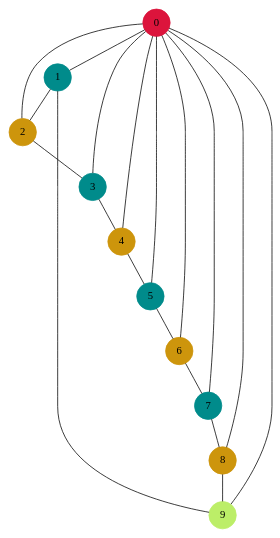
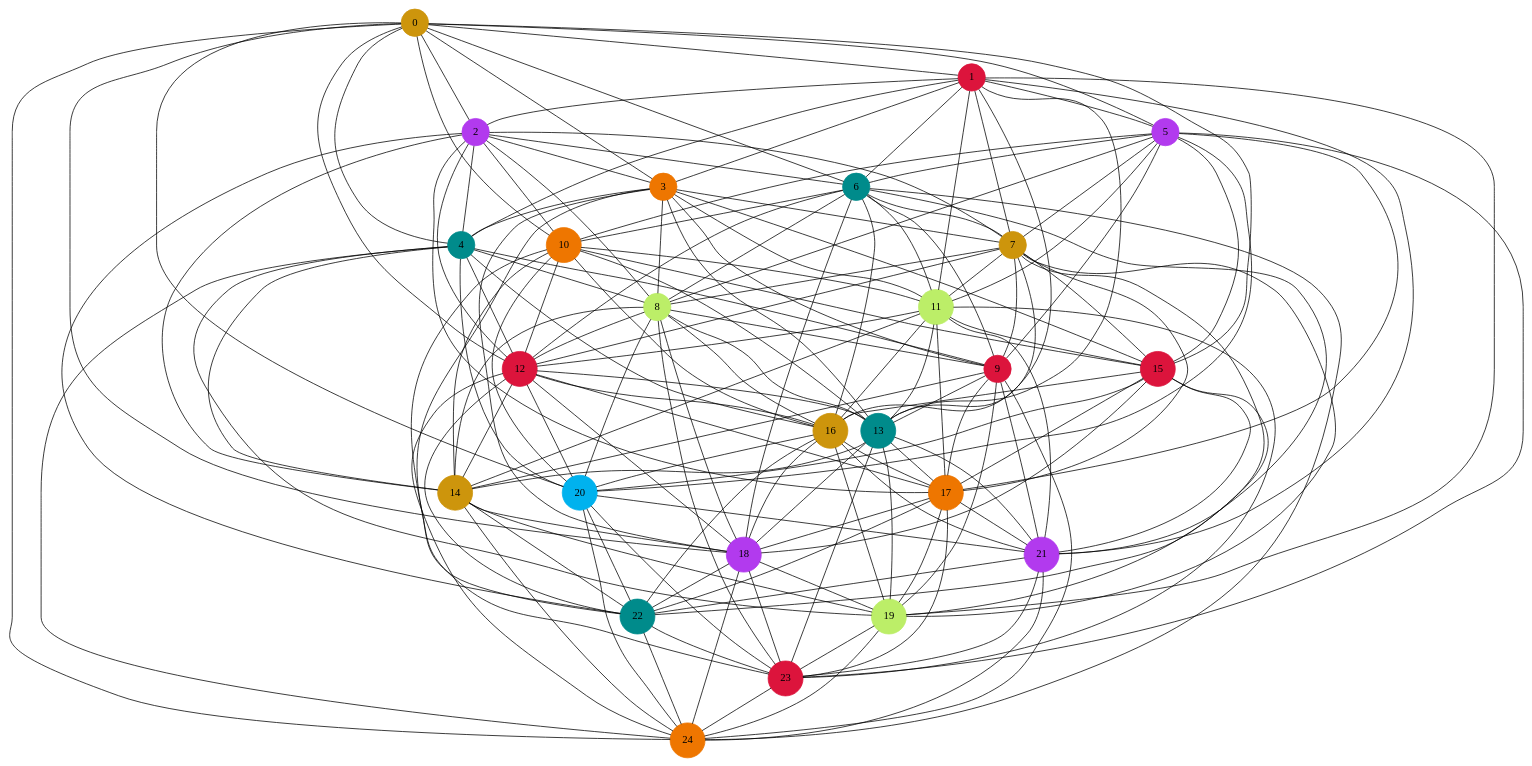
One commit to LeaChemoul/ColorationGraphesProjet changed the diagram in graph/graph_gr_decroiss.dot. Above: the diagram before and after it, drawn with Graphviz. The commit also changed 40 other files, not shown here.

```diff
--- a/graph/graph_gr_decroiss.dot
+++ b/graph/graph_gr_decroiss.dot
@@ -1,30 +1,187 @@
 graph G {
-0 [shape=circle, style=filled, color= crimson];
+0 [shape=circle, style=filled, color= darkgoldenrod3];
+0 -- 6;
+0 -- 12;
+0 -- 18;
+0 -- 24;
 0 -- 1;
 0 -- 2;
 0 -- 3;
 0 -- 4;
 0 -- 5;
-0 -- 6;
-0 -- 7;
-0 -- 8;
-0 -- 9;
-1 [shape=circle, style=filled, color= cyan4];
+0 -- 10;
+0 -- 15;
+0 -- 20;
+1 [shape=circle, style=filled, color= crimson];
+1 -- 7;
+1 -- 13;
+1 -- 19;
+1 -- 5;
 1 -- 2;
-1 -- 9;
-2 [shape=circle, style=filled, color= darkgoldenrod3];
+1 -- 3;
+1 -- 4;
+1 -- 6;
+1 -- 11;
+1 -- 16;
+1 -- 21;
+2 [shape=circle, style=filled, color= darkorchid2];
+2 -- 8;
+2 -- 14;
+2 -- 6;
+2 -- 10;
 2 -- 3;
-3 [shape=circle, style=filled, color= cyan4];
+2 -- 4;
+2 -- 7;
+2 -- 12;
+2 -- 17;
+2 -- 22;
+3 [shape=circle, style=filled, color= darkorange2];
+3 -- 9;
+3 -- 7;
+3 -- 11;
+3 -- 15;
 3 -- 4;
-4 [shape=circle, style=filled, color= darkgoldenrod3];
-4 -- 5;
-5 [shape=circle, style=filled, color= cyan4];
+3 -- 8;
+3 -- 13;
+3 -- 18;
+3 -- 23;
+4 [shape=circle, style=filled, color= cyan4];
+4 -- 8;
+4 -- 12;
+4 -- 16;
+4 -- 20;
+4 -- 9;
+4 -- 14;
+4 -- 19;
+4 -- 24;
+5 [shape=circle, style=filled, color= darkorchid2];
+5 -- 11;
+5 -- 17;
+5 -- 23;
 5 -- 6;
-6 [shape=circle, style=filled, color= darkgoldenrod3];
+5 -- 7;
+5 -- 8;
+5 -- 9;
+5 -- 10;
+5 -- 15;
+5 -- 20;
+6 [shape=circle, style=filled, color= cyan4];
+6 -- 12;
+6 -- 18;
+6 -- 24;
+6 -- 10;
 6 -- 7;
-7 [shape=circle, style=filled, color= cyan4];
+6 -- 8;
+6 -- 9;
+6 -- 11;
+6 -- 16;
+6 -- 21;
+7 [shape=circle, style=filled, color= darkgoldenrod3];
+7 -- 13;
+7 -- 19;
+7 -- 11;
+7 -- 15;
 7 -- 8;
-8 [shape=circle, style=filled, color= darkgoldenrod3];
+7 -- 9;
+7 -- 12;
+7 -- 17;
+7 -- 22;
+8 [shape=circle, style=filled, color= darkolivegreen2];
+8 -- 14;
+8 -- 12;
+8 -- 16;
+8 -- 20;
 8 -- 9;
-9 [shape=circle, style=filled, color= darkolivegreen2];
+8 -- 13;
+8 -- 18;
+8 -- 23;
+9 [shape=circle, style=filled, color= crimson];
+9 -- 13;
+9 -- 17;
+9 -- 21;
+9 -- 14;
+9 -- 19;
+9 -- 24;
+10 [shape=circle, style=filled, color= darkorange2];
+10 -- 16;
+10 -- 22;
+10 -- 11;
+10 -- 12;
+10 -- 13;
+10 -- 14;
+10 -- 15;
+10 -- 20;
+11 [shape=circle, style=filled, color= darkolivegreen2];
+11 -- 17;
+11 -- 23;
+11 -- 15;
+11 -- 12;
+11 -- 13;
+11 -- 14;
+11 -- 16;
+11 -- 21;
+12 [shape=circle, style=filled, color= crimson];
+12 -- 18;
+12 -- 24;
+12 -- 16;
+12 -- 20;
+12 -- 13;
+12 -- 14;
+12 -- 17;
+12 -- 22;
+13 [shape=circle, style=filled, color= cyan4];
+13 -- 19;
+13 -- 17;
+13 -- 21;
+13 -- 14;
+13 -- 18;
+13 -- 23;
+14 [shape=circle, style=filled, color= darkgoldenrod3];
+14 -- 18;
+14 -- 22;
+14 -- 19;
+14 -- 24;
+15 [shape=circle, style=filled, color= crimson];
+15 -- 21;
+15 -- 16;
+15 -- 17;
+15 -- 18;
+15 -- 19;
+15 -- 20;
+16 [shape=circle, style=filled, color= darkgoldenrod3];
+16 -- 22;
+16 -- 20;
+16 -- 17;
+16 -- 18;
+16 -- 19;
+16 -- 21;
+17 [shape=circle, style=filled, color= darkorange2];
+17 -- 23;
+17 -- 21;
+17 -- 18;
+17 -- 19;
+17 -- 22;
+18 [shape=circle, style=filled, color= darkorchid2];
+18 -- 24;
+18 -- 22;
+18 -- 19;
+18 -- 23;
+19 [shape=circle, style=filled, color= darkolivegreen2];
+19 -- 23;
+19 -- 24;
+20 [shape=circle, style=filled, color= deepskyblue2];
+20 -- 21;
+20 -- 22;
+20 -- 23;
+20 -- 24;
+21 [shape=circle, style=filled, color= darkorchid2];
+21 -- 22;
+21 -- 23;
+21 -- 24;
+22 [shape=circle, style=filled, color= cyan4];
+22 -- 23;
+22 -- 24;
+23 [shape=circle, style=filled, color= crimson];
+23 -- 24;
+24 [shape=circle, style=filled, color= darkorange2];
 }
```
